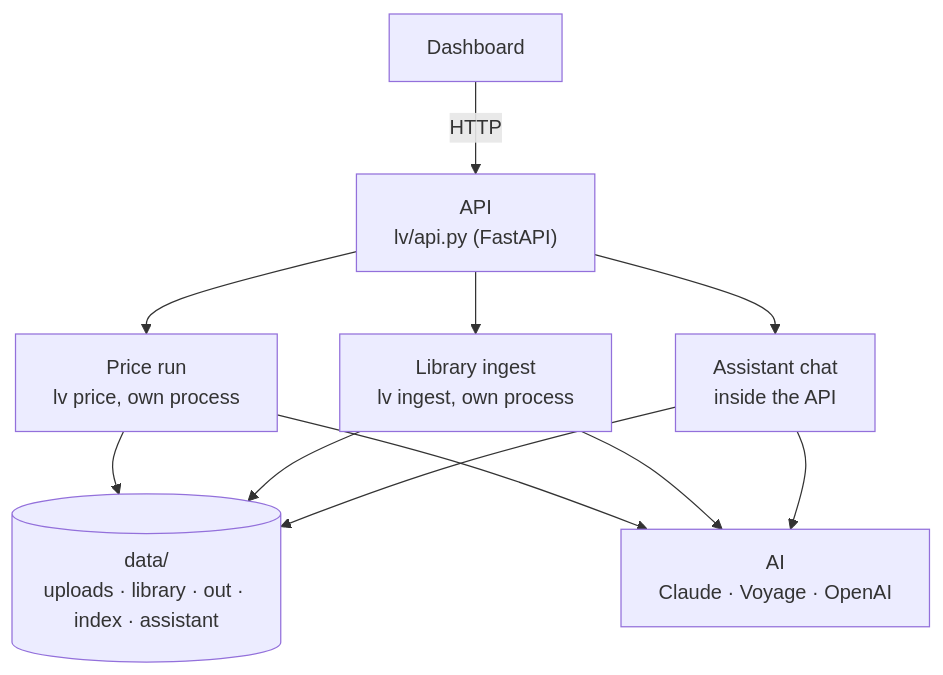
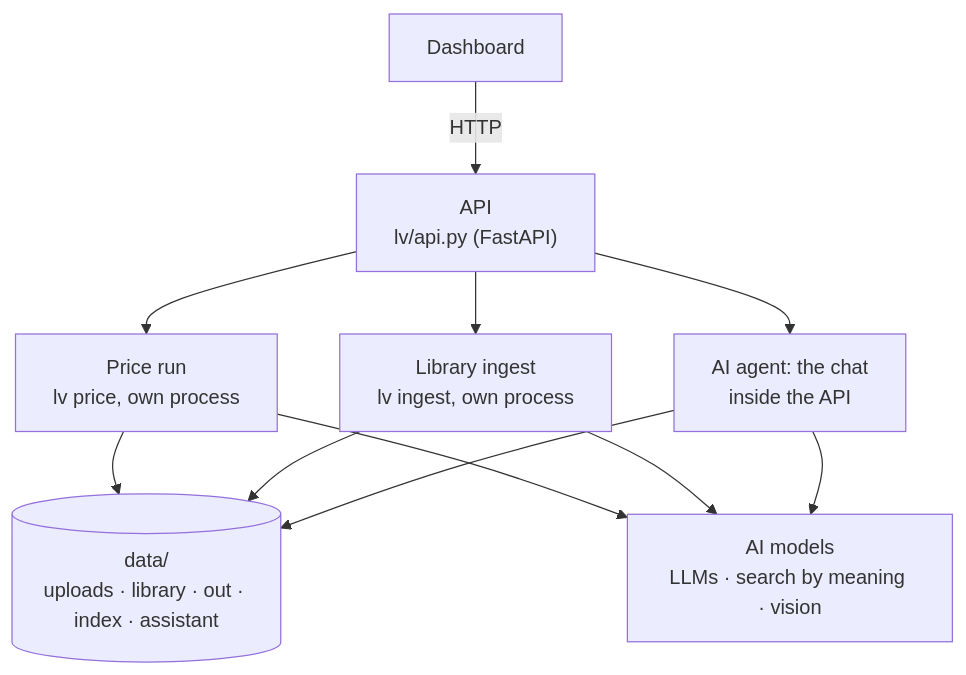
The first of 2 diagrams in README.md (D4V1ND/bauindustrie_hack), drawn with Mermaid before and after one commit. The commit also changed other lines of this file, not shown here.

First line of the commit message:
README diagrams: name what each step does, not the vendor

````diff
--- a/README.md
+++ b/README.md
@@ -31,9 +31,9 @@
 ```mermaid
 flowchart TD
     FE["Dashboard"] -- "HTTP" --> API["API<br/>lv/api.py (FastAPI)"]
     API --> RUN["Price run<br/>lv price, own process"]
     API --> ING["Library ingest<br/>lv ingest, own process"]
-    API --> AS["Assistant chat<br/>inside the API"]
+    API --> AS["AI agent: the chat<br/>inside the API"]
     RUN & ING & AS --> DATA[("data/<br/>uploads · library · out · index · assistant")]
-    RUN & ING & AS --> AI["AI<br/>Claude · Voyage · OpenAI"]
+    RUN & ING & AS --> AI["AI models<br/>LLMs · search by meaning · vision"]
 ```
````
